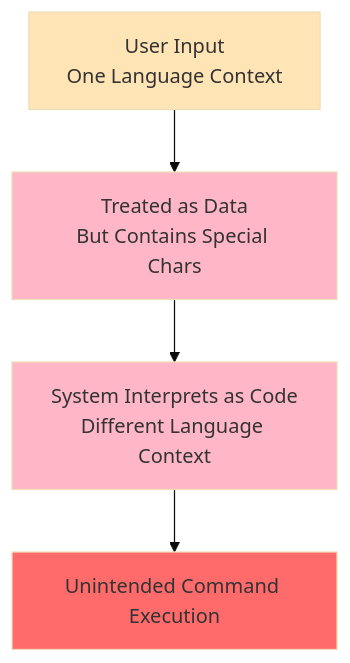
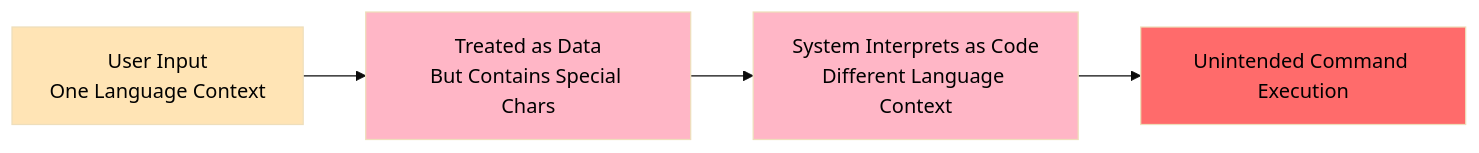
Before and after one commit to ahmed-226/Backend-from-first-principles: the third of 15 diagrams in 15.Backend Security/README.md, drawn with Mermaid (base theme). The commit also changed other lines of this file and 1 other file, not shown here.

````diff
--- a/15.Backend Security/README.md
+++ b/15.Backend Security/README.md
@@ -194,16 +190,16 @@
 ```mermaid
-graph TD
+graph LR
     A["User Input<br/>One Language Context"]
     B["Treated as Data<br/>But Contains Special Chars"]
     C["System Interprets as Code<br/>Different Language Context"]
     D["Unintended Command Execution"]
     
     A --> B
     B --> C
     C --> D
     
-    style A fill:#FFE4B5
-    style B fill:#FFB6C6
-    style C fill:#FFB6C6
-    style D fill:#FF6B6B
+    style A fill:#FFE4B5,color:#000
+    style B fill:#FFB6C6,color:#000
+    style C fill:#FFB6C6,color:#000
+    style D fill:#FF6B6B,color:#000
 ```
````
